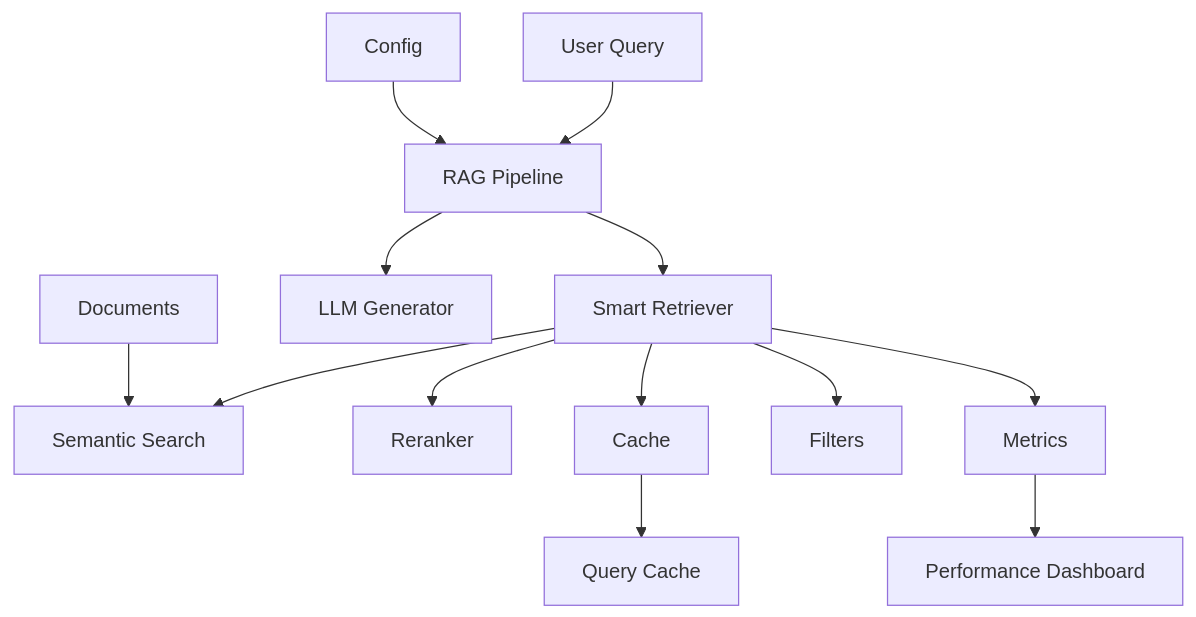
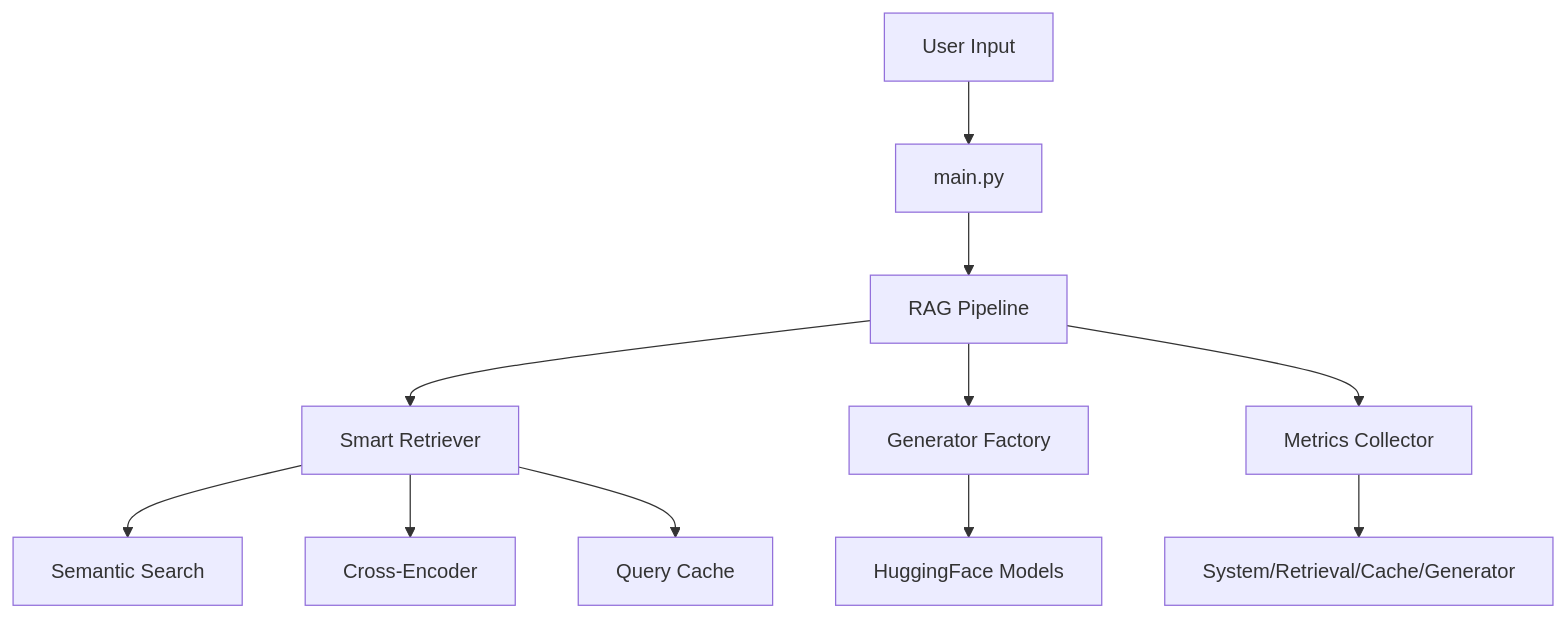
The diagram in docs/ARCHITECTURE.md (Contii/My-RAG-Template), drawn with Mermaid before and after one commit. The commit also changed other lines of this file and 5 other files, not shown here.

````diff
--- a/docs/ARCHITECTURE.md
+++ b/docs/ARCHITECTURE.md
@@ -9,15 +8,17 @@
-``` mermaid
+```mermaid
 graph TB
-    A[User Query] --> B[RAG Pipeline]
-    B --> C[Smart Retriever]
-    C --> D[Semantic Search]
-    C --> E[Reranker]
-    C --> F[Cache]
-    C --> G[Filters]
-    C --> H[Metrics]
-    B --> I[LLM Generator]
-    H --> J[Performance Dashboard]
-    F --> K[Query Cache]
-    L[Documents] --> D
-    M[Config] --> B
+    User[User Input] --> Main[main.py]
+    Main --> Pipeline[RAG Pipeline]
+    
+    Pipeline --> Retriever[Smart Retriever]
+    Pipeline --> Generator[Generator Factory]
+    Pipeline --> Metrics[Metrics Collector]
+    
+    Retriever --> Semantic[Semantic Search]
+    Retriever --> Rerank[Cross-Encoder]
+    Retriever --> Cache[Query Cache]
+    
+    Generator --> HF[HuggingFace Models]
+    
+    Metrics --> Track[System/Retrieval/Cache/Generator]
 ```
````
